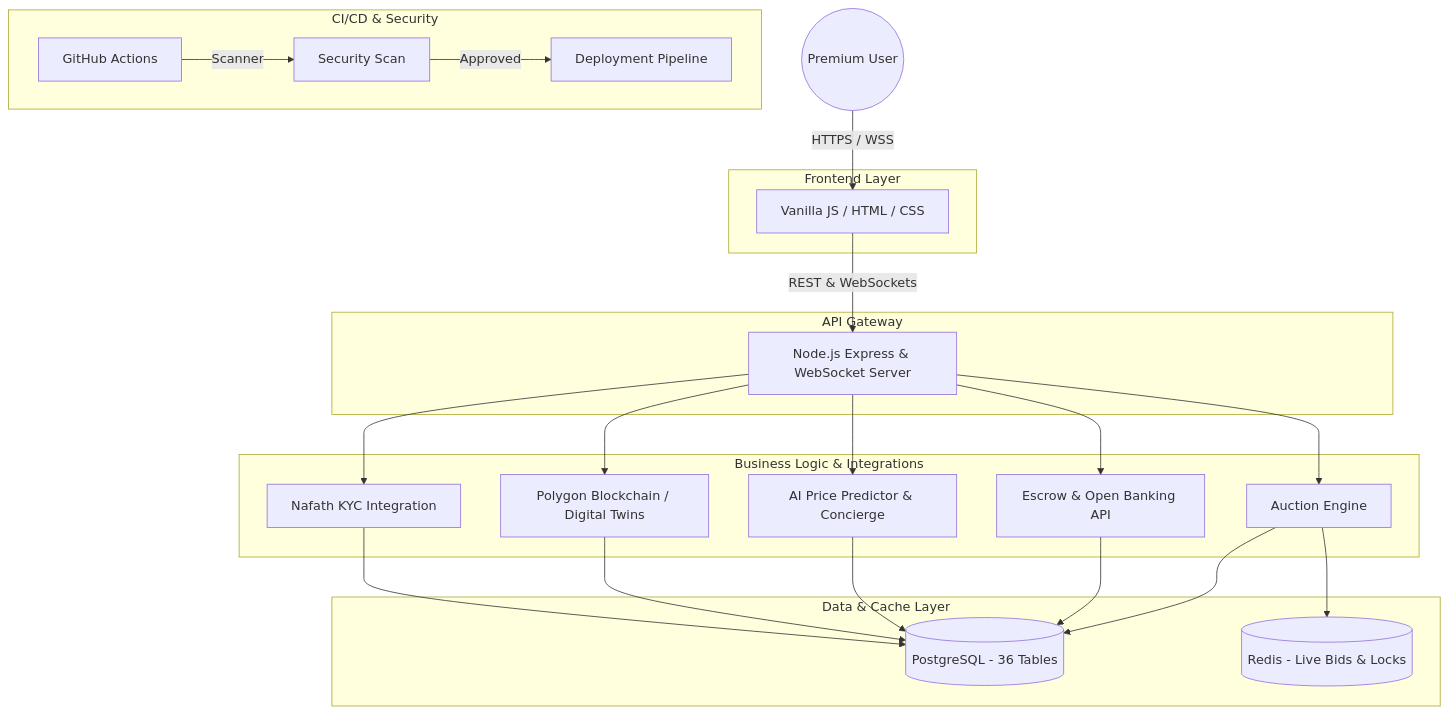
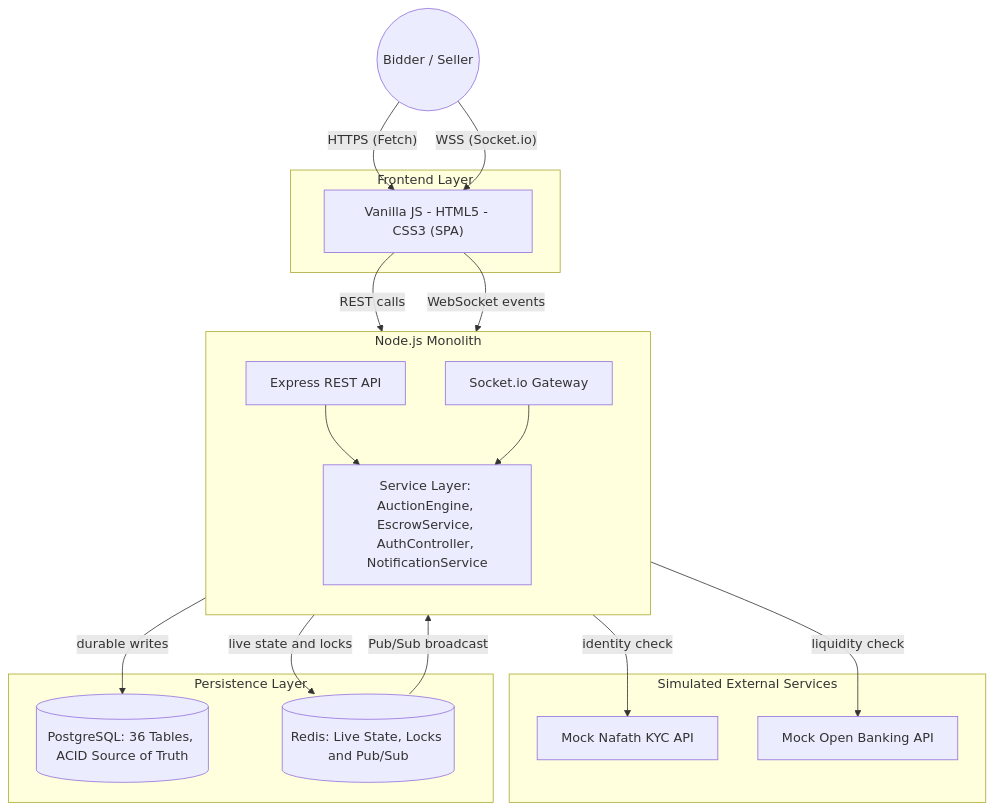
One commit to ghadi0alzhrani0/Mezyad changed the first of 2 diagrams in Stage_3/Report.MD. Above: the diagram before and after it, drawn with Mermaid. The commit also changed other lines of this file, not shown here.

````diff
--- a/Stage_3/Report.MD
+++ b/Stage_3/Report.MD
@@ -31,52 +52,41 @@
 ```mermaid
 flowchart TD
-    %% CI/CD & Security Subgraph
-    subgraph CICD [CI/CD & Security]
-        direction LR
-        GH[GitHub Actions] -- Scanner --> Trivy[Security Scan]
-        Trivy -- Approved --> PR[Deployment Pipeline]
+    User((Bidder / Seller))
+
+    subgraph Frontend["Frontend Layer"]
+        UI["Vanilla JS - HTML5 - CSS3 (SPA)"]
     end
 
-    %% User Interaction
-    User((Premium User))
+    User -- "HTTPS (Fetch)" --> UI
+    User -- "WSS (Socket.io)" --> UI
 
-    %% Frontend Layer
-    subgraph FrontendLayer [Frontend Layer]
-        UI[Vanilla JS / HTML / CSS]
-    end
-    User -- HTTPS / WSS --> UI
+    subgraph Backend["Node.js Monolith"]
+        direction TB
+        Express["Express REST API"]
+        WS["Socket.io Gateway"]
+        Services["Service Layer: AuctionEngine, EscrowService, AuthController, NotificationService"]
 
-    %% Routing & API Gateway
-    subgraph APILayer [API Gateway]
-        Router[Node.js Express & WebSocket Server]
-    end
-    UI -- REST & WebSockets --> Router
-
-    %% Core Logic & External Services
-    subgraph LogicLayer [Business Logic & Integrations]
-        Engine[Auction Engine]
-        FinTech[Escrow & Open Banking API]
-        AI[AI Price Predictor & Concierge]
-        Web3[Polygon Blockchain / Digital Twins]
-        Nafath[Nafath KYC Integration]
-
-        Router --> Engine
-        Router --> FinTech
-        Router --> AI
-        Router --> Web3
-        Router --> Nafath
+        Express --> Services
+        WS --> Services
     end
 
-    %% Data Storage Layer
-    subgraph DataLayer [Data & Cache Layer]
-        DB[(PostgreSQL - 36 Tables)]
-        Redis[(Redis - Live Bids & Locks)]
+    UI -- "REST calls" --> Express
+    UI -- "WebSocket events" --> WS
+
+    subgraph Mocks["Simulated External Services"]
+        MockKYC["Mock Nafath KYC API"]
+        MockBank["Mock Open Banking API"]
     end
 
-    Engine --> DB
-    Engine --> Redis
-    FinTech --> DB
-    AI --> DB
-    Web3 --> DB
-    Nafath --> DB
+    Services -- "identity check" --> MockKYC
+    Services -- "liquidity check" --> MockBank
+
+    subgraph DataLayer["Persistence Layer"]
+        PG[("PostgreSQL: 36 Tables, ACID Source of Truth")]
+        Redis[("Redis: Live State, Locks and Pub/Sub")]
+    end
+
+    Services -- "durable writes" --> PG
+    Services -- "live state and locks" --> Redis
+    Redis -- "Pub/Sub broadcast" --> WS
 ```
````
